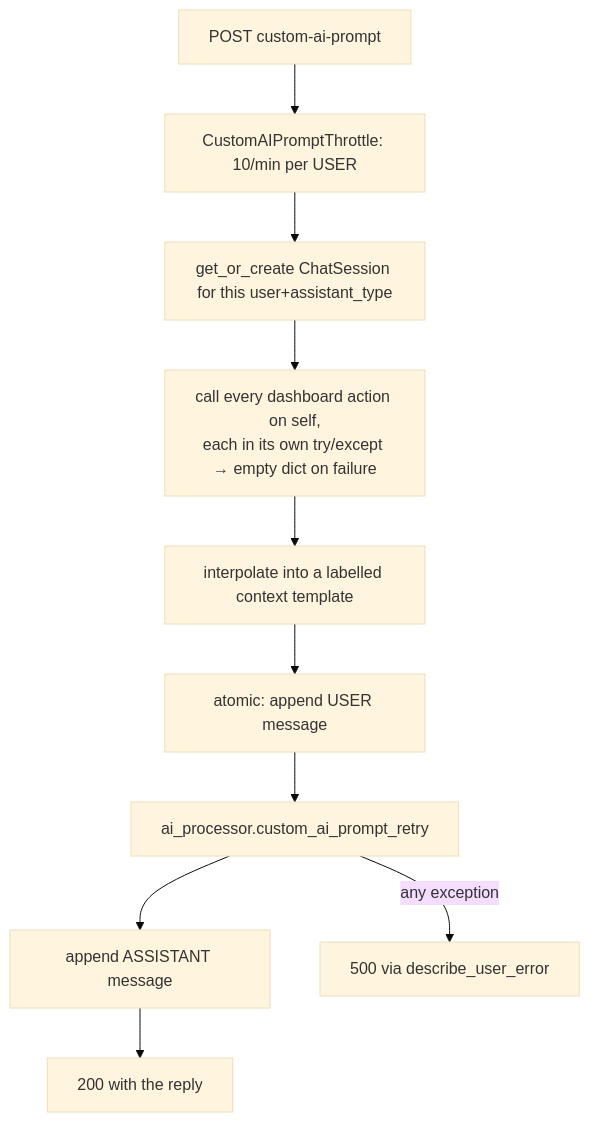
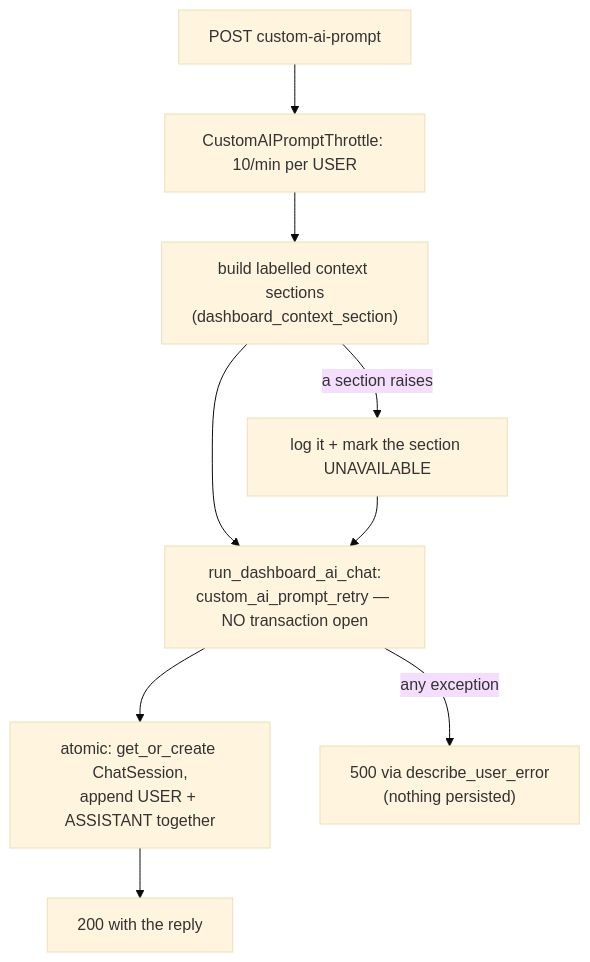
The fifth of 5 diagrams in docs/backend/dashboard.md (Samuel-Effiong/GradeA-dev), drawn with Mermaid (base theme) before and after one commit. The commit also changed other lines of this file and 19 other files, not shown here.

````diff
--- a/docs/backend/dashboard.md
+++ b/docs/backend/dashboard.md
@@ -378,12 +379,11 @@
 ```mermaid
 flowchart TD
     A[POST custom-ai-prompt] --> B[CustomAIPromptThrottle: 10/min per USER]
-    B --> C[get_or_create ChatSession for this user+assistant_type]
-    C --> D["call every dashboard action on self,<br/>each in its own try/except → empty dict on failure"]
-    D --> E[interpolate into a labelled context template]
-    E --> F[atomic: append USER message]
-    F --> G[ai_processor.custom_ai_prompt_retry]
-    G --> H[append ASSISTANT message]
+    B --> D["build labelled context sections<br/>(dashboard_context_section)"]
+    D -- a section raises --> L["log it + mark the section UNAVAILABLE"]
+    D --> G["run_dashboard_ai_chat:<br/>custom_ai_prompt_retry — NO transaction open"]
+    L --> G
+    G --> H["atomic: get_or_create ChatSession,<br/>append USER + ASSISTANT together"]
     H --> I[200 with the reply]
-    G -- any exception --> J[500 via describe_user_error]
+    G -- any exception --> J["500 via describe_user_error<br/>(nothing persisted)"]
 ```
````
